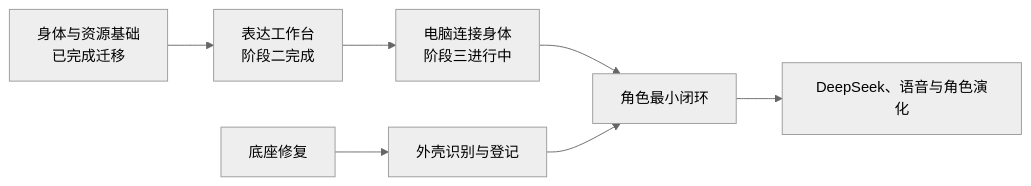
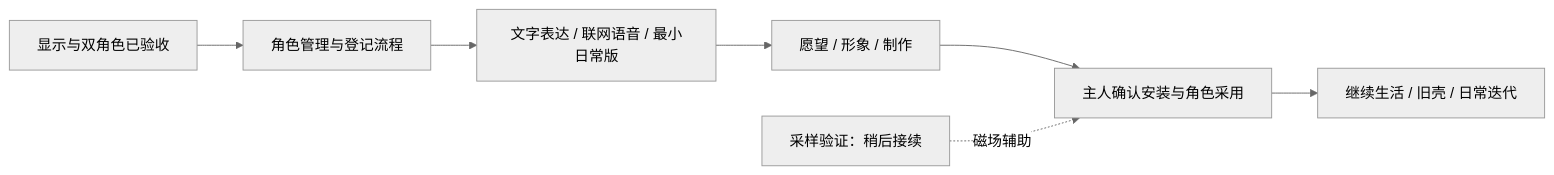
One commit to 404-NOT-FOUND-ERROR/DeskBot-Hardware changed the diagram in docs/roadmap.md. Above: the diagram before and after it, drawn with Mermaid (neutral theme). The commit also changed other lines of this file and 1757 other files, not shown here.

````diff
--- a/docs/roadmap.md
+++ b/docs/roadmap.md
@@ -5,9 +13,9 @@
 ```mermaid
 flowchart LR
-    A[身体与资源基础\n已完成迁移] --> B[表达工作台\n阶段二完成]
-    B --> C[电脑连接身体\n阶段三进行中]
-    D[底座修复] --> E[外壳识别与登记]
-    C --> F[角色最小闭环]
-    E --> F
-    F --> G[DeepSeek、语音与角色演化]
+    A[显示与双角色已验收] --> B[角色管理与登记流程]
+    B --> C[文字表达 / 联网语音 / 最小日常版]
+    C --> D[愿望 / 形象 / 制作]
+    D --> E[主人确认安装与角色采用]
+    S[采样验证：稍后接续] -.磁场辅助.-> E
+    E --> F[继续生活 / 旧壳 / 日常迭代]
 ```
````
